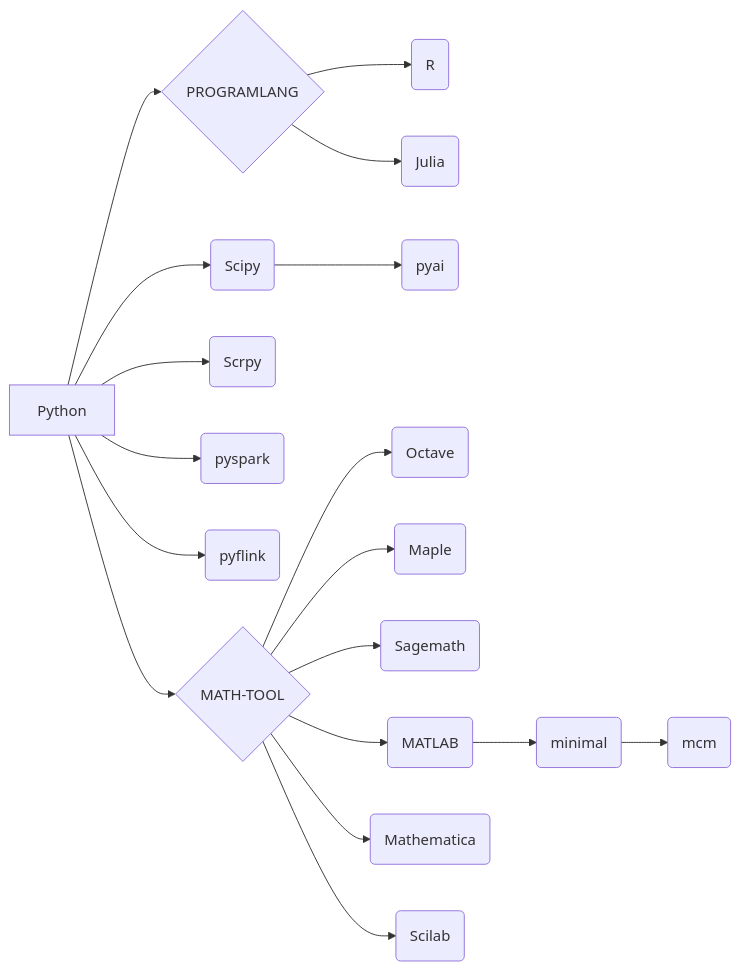
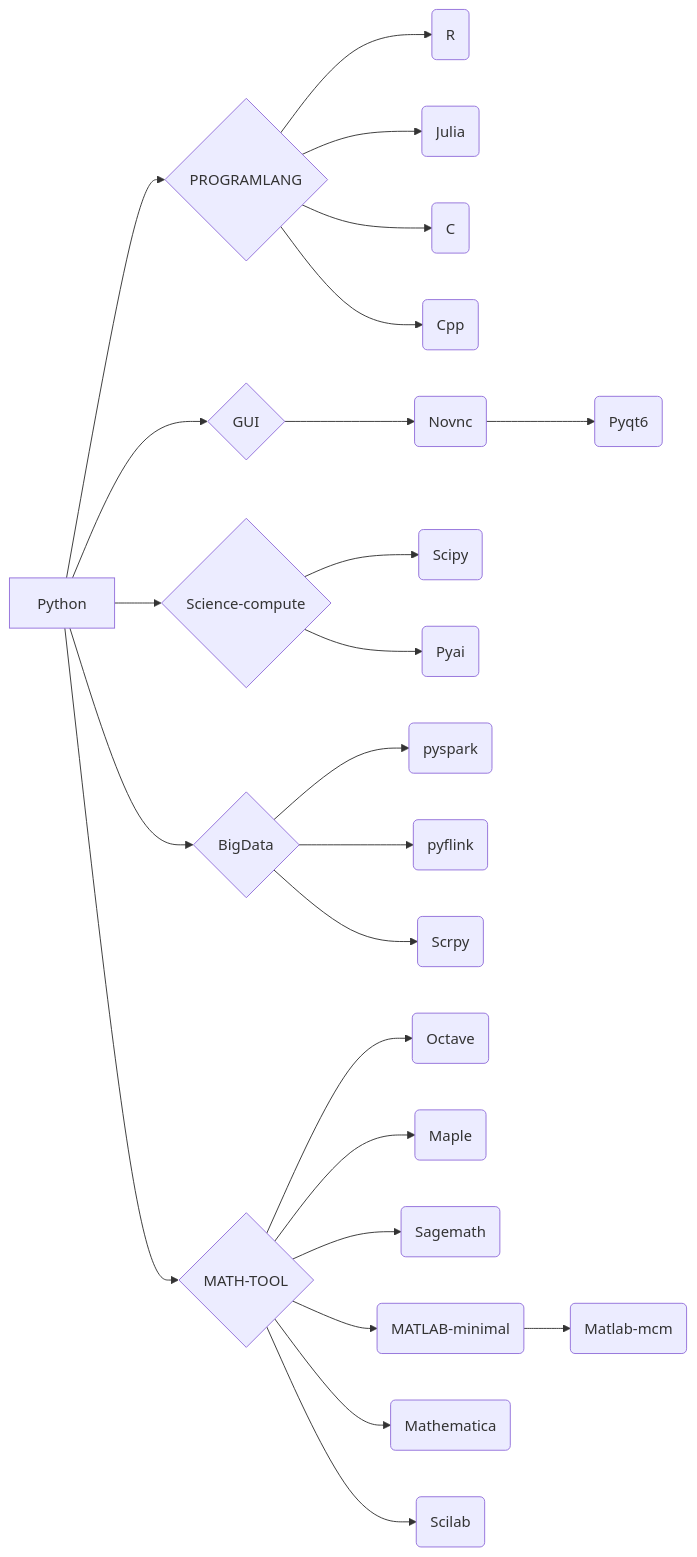
The diagram in README.md (ben0i0d/jupyter), drawn with Mermaid before and after one commit. The commit also changed other lines of this file and 55 other files, not shown here.

````diff
--- a/README.md
+++ b/README.md
@@ -78,16 +78,24 @@
 ```mermaid
 graph LR
-Python-->PROGRAM{PROGRAMLANG}
-PROGRAM-->PB(R)
-PROGRAM-->PC(Julia)
-Python-->PRA(Scipy)-->PRAA(pyai)
-Python-->PRB(Scrpy)
-Python-->PRC(pyspark)
-Python-->PRD(pyflink)
-Python-->MATH{MATH-TOOL}-->MA(Octave)
-MATH-->MB(Maple)
-MATH-->MC(Sagemath)
-MATH-->MD(MATLAB)-->MDA(minimal)-->MDAA(mcm)
-MATH-->ME(Mathematica)
-MATH-->MF(Scilab)
+Python-->P{PROGRAMLANG}
+P-->PA(R)
+P-->PB(Julia)
+P-->PC(C)
+P-->PD(Cpp)
+
+Python-->G{GUI}-->GA(Novnc)-->GAA(Pyqt6)
+
+Python-->S{Science-compute}-->SA(Scipy)
+S-->SB(Pyai)
+
+Python-->B{BigData}-->BA(pyspark)
+B-->BB(pyflink)
+B-->BC(Scrpy)
+
+Python-->M{MATH-TOOL}-->MA(Octave)
+M-->MB(Maple)
+M-->MC(Sagemath)
+M-->MD(MATLAB-minimal)-->MDA(Matlab-mcm)
+M-->ME(Mathematica)
+M-->MF(Scilab)
 ```
````
